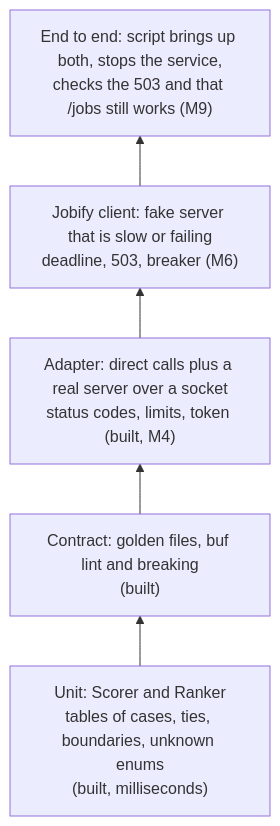
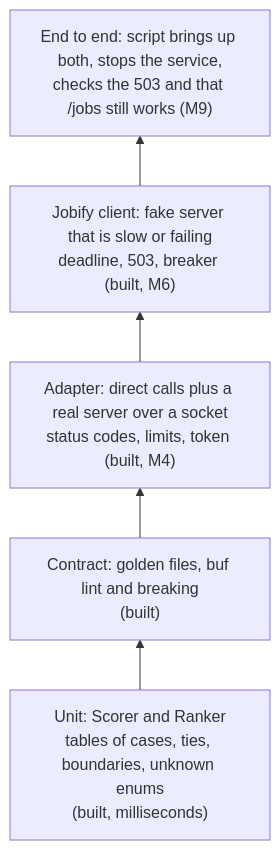
One commit to covenant-alliance/jobify changed diagram 13 of 13 in docs/MATCHING_ARCHITECTURE.md. Above: the diagram before and after it, drawn with Mermaid. The commit also changed other lines of this file and 28 other files, not shown here.

````diff
--- a/docs/MATCHING_ARCHITECTURE.md
+++ b/docs/MATCHING_ARCHITECTURE.md
@@ -455,9 +455,9 @@
 ```mermaid
 flowchart BT
     T1["Unit: Scorer and Ranker<br/>tables of cases, ties, boundaries, unknown enums<br/>(built, milliseconds)"]
     T2["Contract: golden files, buf lint and breaking<br/>(built)"]
     T3["Adapter: direct calls plus a real server over a socket<br/>status codes, limits, token (built, M4)"]
-    T4["Jobify client: fake server that is slow or failing<br/>deadline, 503, breaker (M6)"]
+    T4["Jobify client: fake server that is slow or failing<br/>deadline, 503, breaker (built, M6)"]
     T5["End to end: script brings up both, stops the service,<br/>checks the 503 and that /jobs still works (M9)"]
     T1 --> T2 --> T3 --> T4 --> T5
 ```
````
